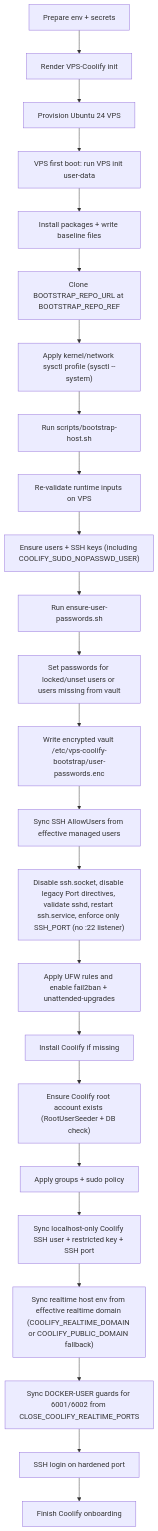
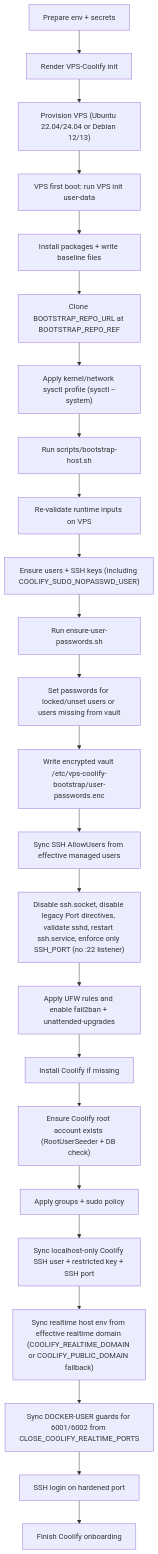
The diagram in docs/bootstrap-flow.md (rigu/vps-coolify-bootstrap), drawn with Mermaid before and after one commit. The commit also changed other lines of this file and 1 other file, not shown here.

````diff
--- a/docs/bootstrap-flow.md
+++ b/docs/bootstrap-flow.md
@@ -30,26 +30,26 @@
 ```mermaid
 flowchart TD
   A["Prepare env + secrets"] --> B["Render VPS-Coolify init"]
-  B --> C["Provision Ubuntu 24 VPS"]
+  B --> C["Provision VPS (Ubuntu 22.04/24.04 or Debian 12/13)"]
   C --> D["VPS first boot: run VPS init user-data"]
   D --> E["Install packages + write baseline files"]
   E --> F["Clone BOOTSTRAP_REPO_URL at BOOTSTRAP_REPO_REF"]
   F --> G["Apply kernel/network sysctl profile (sysctl --system)"]
   G --> H["Run scripts/bootstrap-host.sh"]
   H --> H1["Re-validate runtime inputs on VPS"]
   H1 --> I["Ensure users + SSH keys (including COOLIFY_SUDO_NOPASSWD_USER)"]
   I --> J["Run ensure-user-passwords.sh"]
   J --> K["Set passwords for locked/unset users or users missing from vault"]
   K --> L["Write encrypted vault /etc/vps-coolify-bootstrap/user-passwords.enc"]
   L --> M["Sync SSH AllowUsers from effective managed users"]
   M --> N["Disable ssh.socket, disable legacy Port directives, validate sshd, restart ssh.service, enforce only SSH_PORT (no :22 listener)"]
   N --> O["Apply UFW rules and enable fail2ban + unattended-upgrades"]
   O --> P["Install Coolify if missing"]
   P --> P1["Ensure Coolify root account exists (RootUserSeeder + DB check)"]
   P1 --> R["Apply groups + sudo policy"]
   R --> Q["Sync localhost-only Coolify SSH user + restricted key + SSH port"]
   Q --> Q1["Sync realtime host env from effective realtime domain (COOLIFY_REALTIME_DOMAIN or COOLIFY_PUBLIC_DOMAIN fallback)"]
   Q1 --> S["Sync DOCKER-USER guards for 6001/6002 from CLOSE_COOLIFY_REALTIME_PORTS"]
   S --> T["SSH login on hardened port"]
   T --> U["Finish Coolify onboarding"]
 ```
````
